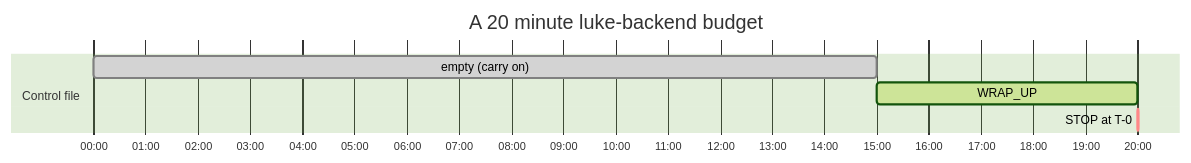
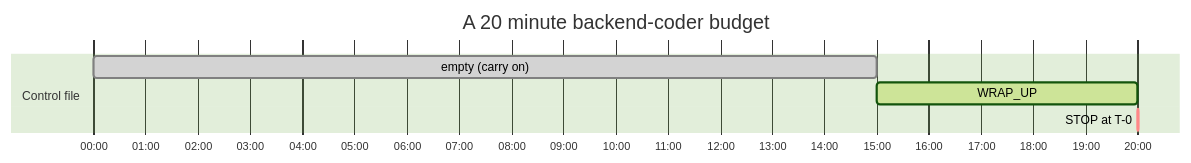
One commit to kigster/openlanes changed the fourth of 5 diagrams in docs/specs/2026-09-05-agent-ledger-and-status-bars.md. Above: the diagram before and after it, drawn with Mermaid (forest theme). The commit also changed other lines of this file and 719 other files, not shown here.

````diff
--- a/docs/specs/2026-09-05-agent-ledger-and-status-bars.md
+++ b/docs/specs/2026-09-05-agent-ledger-and-status-bars.md
@@ -267,10 +267,10 @@
 ```mermaid
 gantt
     dateFormat  mm:ss
     axisFormat  %M:%S
-    title       A 20 minute luke-backend budget
+    title       A 20 minute backend-coder budget
     section Control file
     empty (carry on)      :done, a, 00:00, 15m
     WRAP_UP               :active, b, after a, 5m
     STOP at T-0           :crit, c, 20:00, 1s
 ```
````
